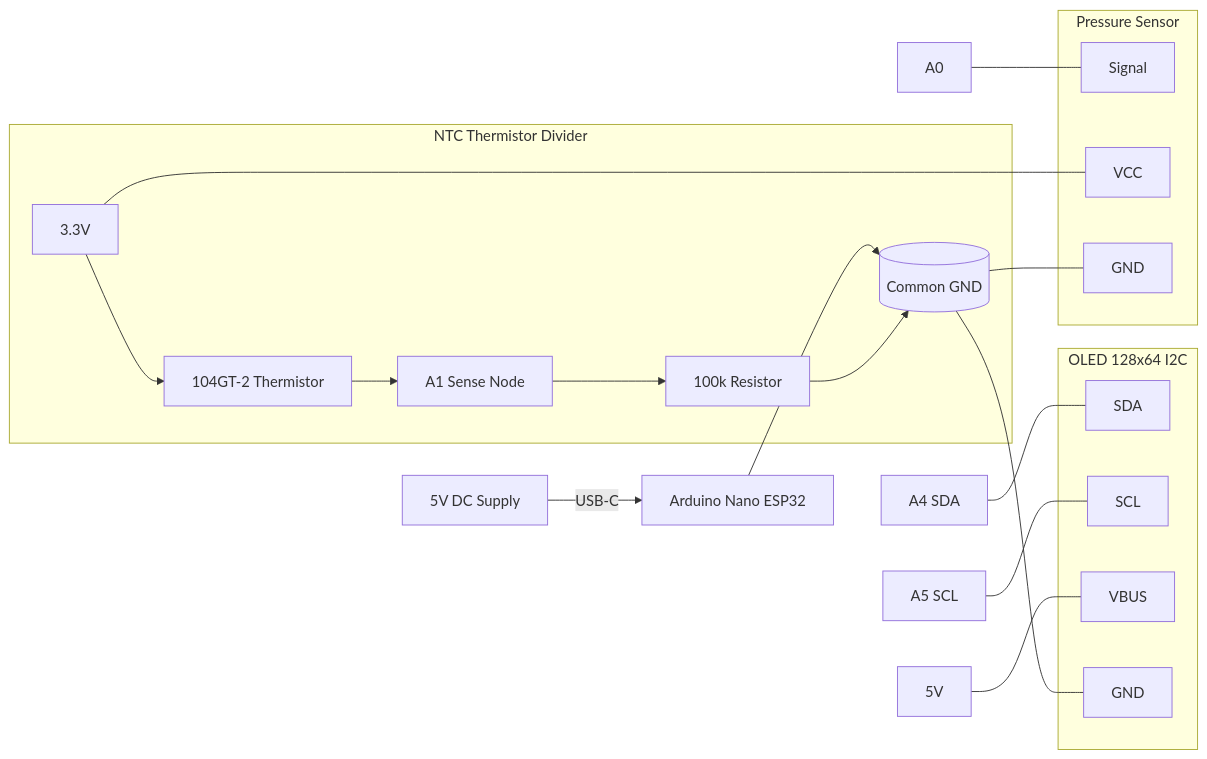
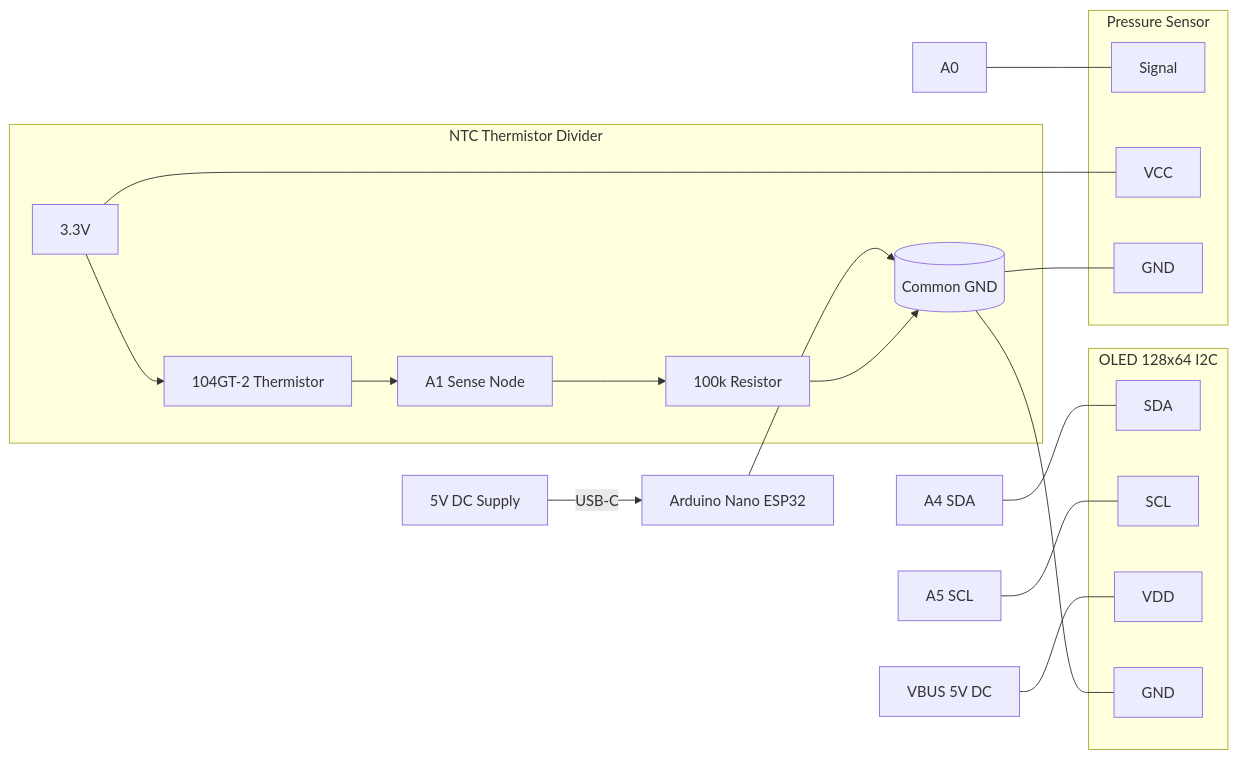
Before and after one commit to gereonwildermann/Dedicuino: the diagram in hardware/WIRING_DIAGRAM.md, drawn with Mermaid. The commit also changed other lines of this file, not shown here.

Commit message:
Fix wiring diagram to correct OLED power pin labeling from '5V DC' to 'VDD'

````diff
--- a/hardware/WIRING_DIAGRAM.md
+++ b/hardware/WIRING_DIAGRAM.md
@@ -28,34 +28,34 @@
 ```mermaid
 flowchart LR
     PS[5V DC Supply] -->|USB-C| NANO[Arduino Nano ESP32]
     NANO --> GND[(Common GND)]
 
     subgraph OLED[OLED 128x64 I2C]
       O_SDA[SDA]
       O_SCL[SCL]
-      O_VCC[VBUS]
+      O_VDD[VDD]
       O_GND[GND]
     end
 
     A4[A4 SDA] --- O_SDA
     A5[A5 SCL] --- O_SCL
-    V5[5V] --- O_VCC
+    VBUS[VBUS 5V DC] --- O_VDD
     GND --- O_GND
 
     subgraph PRESS[Pressure Sensor]
       P_OUT[Signal]
       P_VCC[VCC]
       P_GND[GND]
     end
 
     A0[A0] --- P_OUT
     V33[3.3V] --- P_VCC
     GND --- P_GND
 
     subgraph TEMP[NTC Thermistor Divider]
       V33 --> TH[104GT-2 Thermistor]
       TH --> A1[A1 Sense Node]
       A1 --> R100[100k Resistor]
       R100 --> GND
     end
 ```
````
